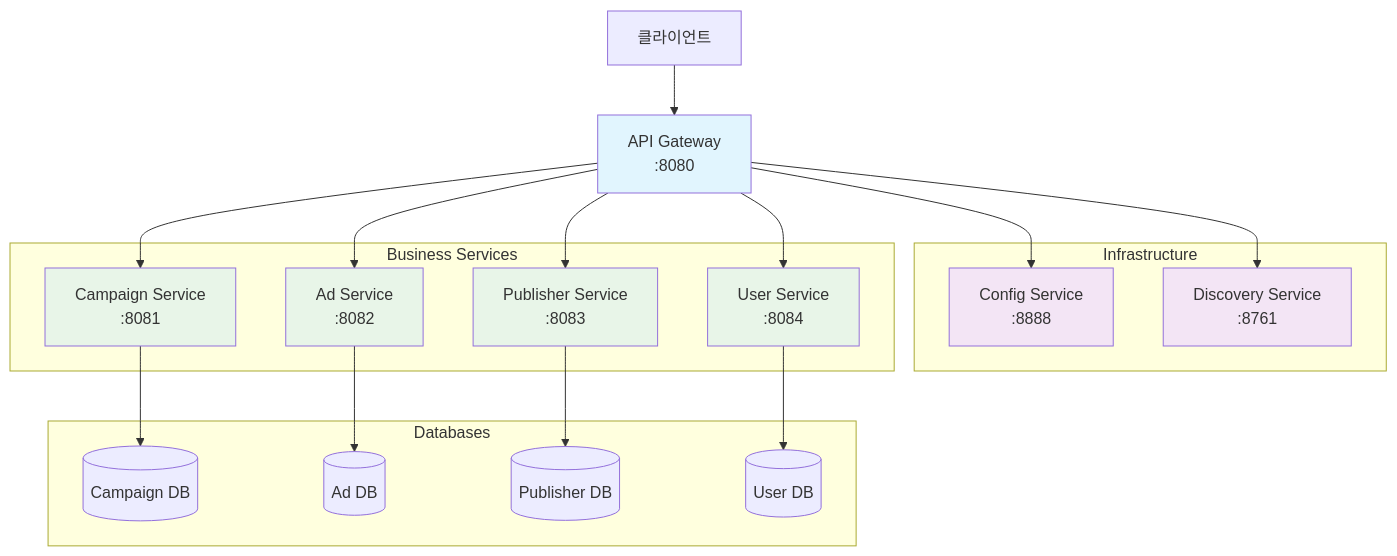
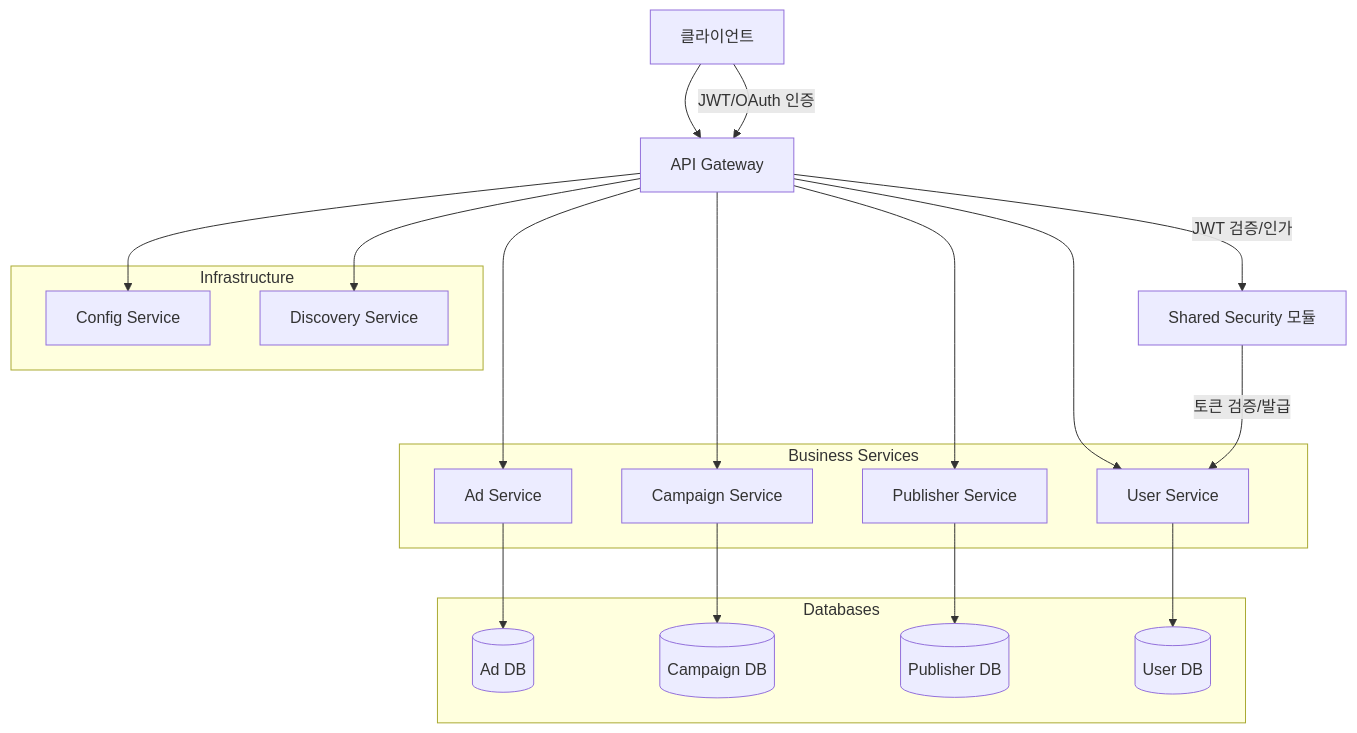
The diagram in README.md (kmkmi/spring-msa-ddd), drawn with Mermaid before and after one commit. The commit also changed other lines of this file and 123 other files, not shown here.

````diff
--- a/README.md
+++ b/README.md
@@ -7,44 +183,33 @@
 ```mermaid
-graph TB
-    Client[클라이언트] --> Gateway[API Gateway<br/>:8080]
-    
-    Gateway --> Config[Config Service<br/>:8888]
-    Gateway --> Discovery[Discovery Service<br/>:8761]
-    
-    Gateway --> Campaign[Campaign Service<br/>:8081]
-    Gateway --> Ad[Ad Service<br/>:8082]
-    Gateway --> Publisher[Publisher Service<br/>:8083]
-    Gateway --> User[User Service<br/>:8084]
-    
-    Campaign --> CampaignDB[(Campaign DB)]
-    Ad --> AdDB[(Ad DB)]
-    Publisher --> PublisherDB[(Publisher DB)]
-    User --> UserDB[(User DB)]
-    
-    subgraph "Infrastructure"
-        Config
-        Discovery
+graph TD
+    Client["클라이언트"] --> Gateway["API Gateway"]
+    Gateway --> AdService["Ad Service"]
+    Gateway --> CampaignService["Campaign Service"]
+    Gateway --> PublisherService["Publisher Service"]
+    Gateway --> UserService["User Service"]
+    AdService --> AdDB[("Ad DB")]
+    CampaignService --> CampaignDB[("Campaign DB")]
+    PublisherService --> PublisherDB[("Publisher DB")]
+    UserService --> UserDB[("User DB")]
+    Gateway --> ConfigService["Config Service"]
+    Gateway --> DiscoveryService["Discovery Service"]
+    subgraph Infra["Infrastructure"]
+        ConfigService
+        DiscoveryService
     end
-    
-    subgraph "Business Services"
-        Campaign
-        Ad
-        Publisher
-        User
+    subgraph Business["Business Services"]
+        AdService
+        CampaignService
+        PublisherService
+        UserService
     end
-    
-    subgraph "Databases"
+    subgraph DBs["Databases"]
+        AdDB
         CampaignDB
-        AdDB
         PublisherDB
         UserDB
     end
-    
-    style Gateway fill:#e1f5fe
-    style Config fill:#f3e5f5
-    style Discovery fill:#f3e5f5
-    style Campaign fill:#e8f5e8
-    style Ad fill:#e8f5e8
-    style Publisher fill:#e8f5e8
-    style User fill:#e8f5e8
+    Client-->|JWT/OAuth 인증|Gateway
+    Gateway-->|JWT 검증/인가|SharedSecurity["Shared Security 모듈"]
+    SharedSecurity-->|토큰 검증/발급|UserService
 ```
````
